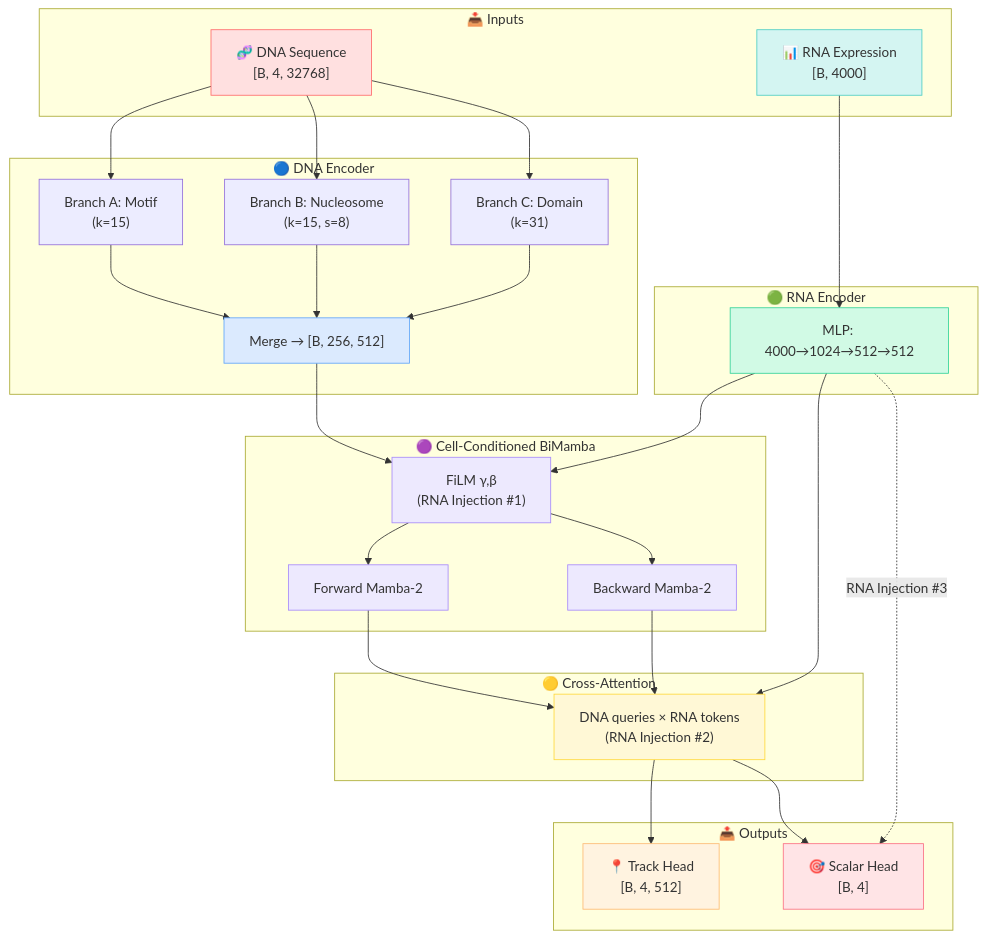
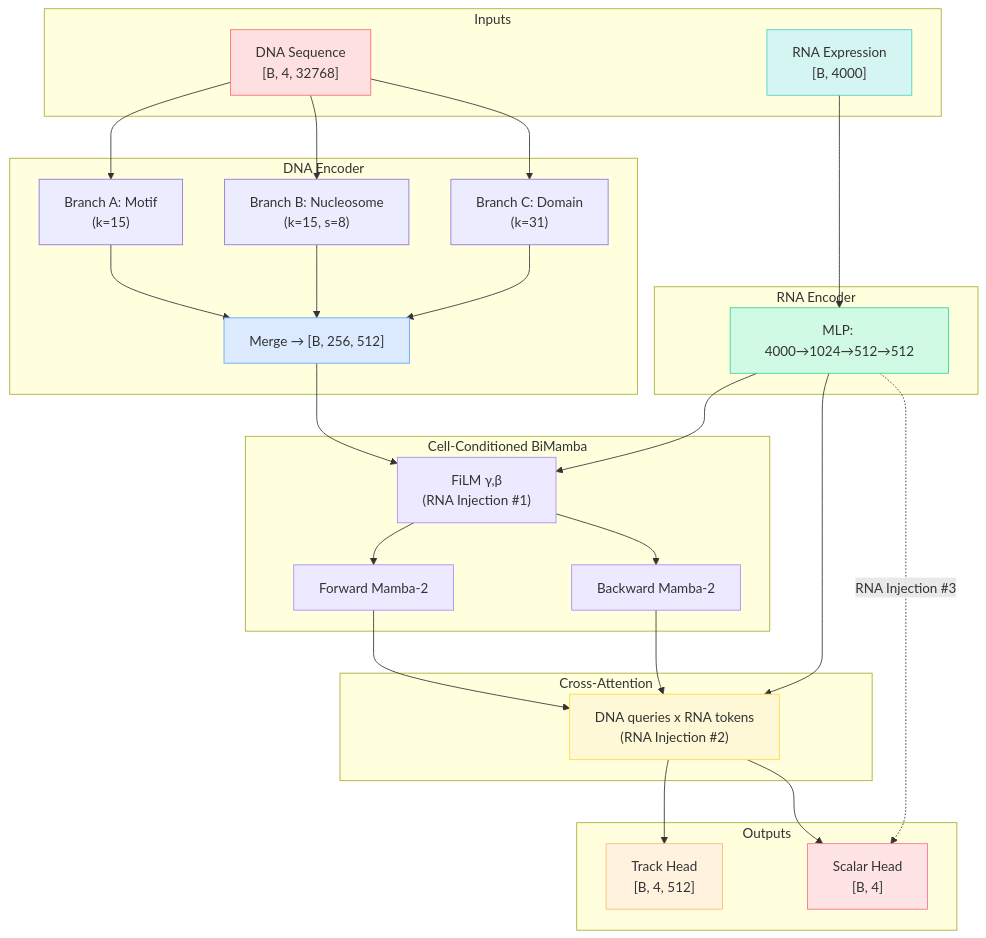
The diagram in docs/architecture/overview.md (shreyakat0ch/hist4.1), drawn with Mermaid before and after one commit. The commit also changed other lines of this file and 11 other files, not shown here.

````diff
--- a/docs/architecture/overview.md
+++ b/docs/architecture/overview.md
@@ -11,56 +11,56 @@
 ```mermaid
 flowchart TB
-    subgraph inputs ["📥 Inputs"]
-        DNA["🧬 DNA Sequence<br/>[B, 4, 32768]"]
-        RNA["📊 RNA Expression<br/>[B, 4000]"]
+    subgraph inputs ["Inputs"]
+        DNA["DNA Sequence<br/>[B, 4, 32768]"]
+        RNA["RNA Expression<br/>[B, 4000]"]
     end
 
-    subgraph dna_enc ["🔵 DNA Encoder"]
+    subgraph dna_enc ["DNA Encoder"]
         CNN_A["Branch A: Motif<br/>(k=15)"]
         CNN_B["Branch B: Nucleosome<br/>(k=15, s=8)"]
         CNN_C["Branch C: Domain<br/>(k=31)"]
         MERGE["Merge → [B, 256, 512]"]
     end
 
-    subgraph rna_enc ["🟢 RNA Encoder"]
+    subgraph rna_enc ["RNA Encoder"]
         MLP["MLP: 4000→1024→512→512"]
     end
 
-    subgraph ssm ["🟣 Cell-Conditioned BiMamba"]
+    subgraph ssm ["Cell-Conditioned BiMamba"]
         FILM["FiLM γ,β<br/>(RNA Injection #1)"]
         FWD["Forward Mamba-2"]
         BWD["Backward Mamba-2"]
     end
 
-    subgraph xattn ["🟡 Cross-Attention"]
-        CA["DNA queries × RNA tokens<br/>(RNA Injection #2)"]
+    subgraph xattn ["Cross-Attention"]
+        CA["DNA queries x RNA tokens<br/>(RNA Injection #2)"]
     end
 
-    subgraph outputs ["📤 Outputs"]
-        TRACK["📍 Track Head<br/>[B, 4, 512]"]
-        SCALAR["🎯 Scalar Head<br/>[B, 4]"]
+    subgraph outputs ["Outputs"]
+        TRACK["Track Head<br/>[B, 4, 512]"]
+        SCALAR["Scalar Head<br/>[B, 4]"]
     end
 
     DNA --> CNN_A & CNN_B & CNN_C
     CNN_A & CNN_B & CNN_C --> MERGE
     RNA --> MLP
     MERGE --> FILM
     MLP --> FILM
     FILM --> FWD & BWD
     FWD & BWD --> CA
     MLP --> CA
     CA --> TRACK
     CA --> SCALAR
     MLP -.->|"RNA Injection #3"| SCALAR
 
     style DNA fill:#FFE0E0,stroke:#FF6B6B,color:#333
     style RNA fill:#D4F5F2,stroke:#4ECDC4,color:#333
     style MERGE fill:#DBEAFE,stroke:#60A5FA,color:#333
     style MLP fill:#D1FAE5,stroke:#34D399,color:#333
     style FILM fill:#EDE9FE,stroke:#A78BFA,color:#333
     style FWD fill:#EDE9FE,stroke:#A78BFA,color:#333
     style BWD fill:#EDE9FE,stroke:#A78BFA,color:#333
     style CA fill:#FFF8D6,stroke:#FFD93D,color:#333
     style TRACK fill:#FFF3E0,stroke:#FDBA74,color:#333
     style SCALAR fill:#FFE4E6,stroke:#FB7185,color:#333
 ```
````
